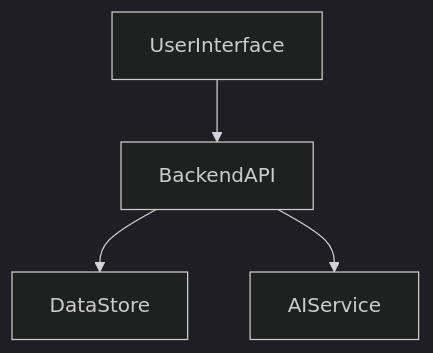
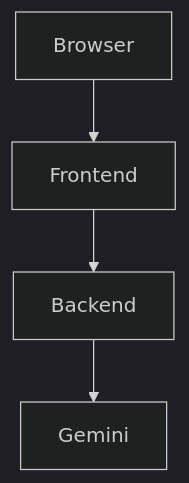
Before and after one commit to yogithasivakumar/FocusZen: the first of 2 diagrams in README.md, drawn with Mermaid (dark theme). The commit also changed other lines of this file, not shown here.

````diff
--- a/README.md
+++ b/README.md
@@ -11,6 +11,6 @@
 ```mermaid
 flowchart TD
-    UserInterface --> BackendAPI
-    BackendAPI --> DataStore
-    BackendAPI --> AIService
+    Browser --> Frontend
+    Frontend --> Backend
+    Backend --> Gemini
 ```
````
